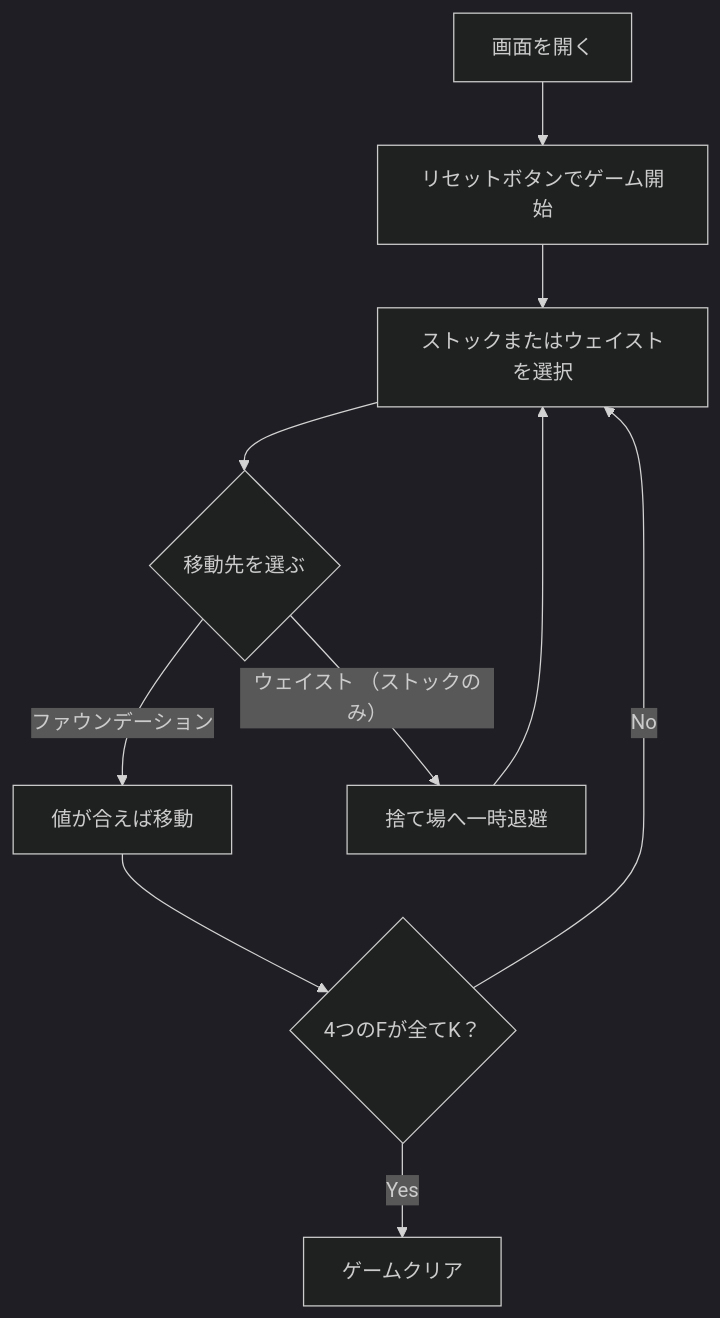
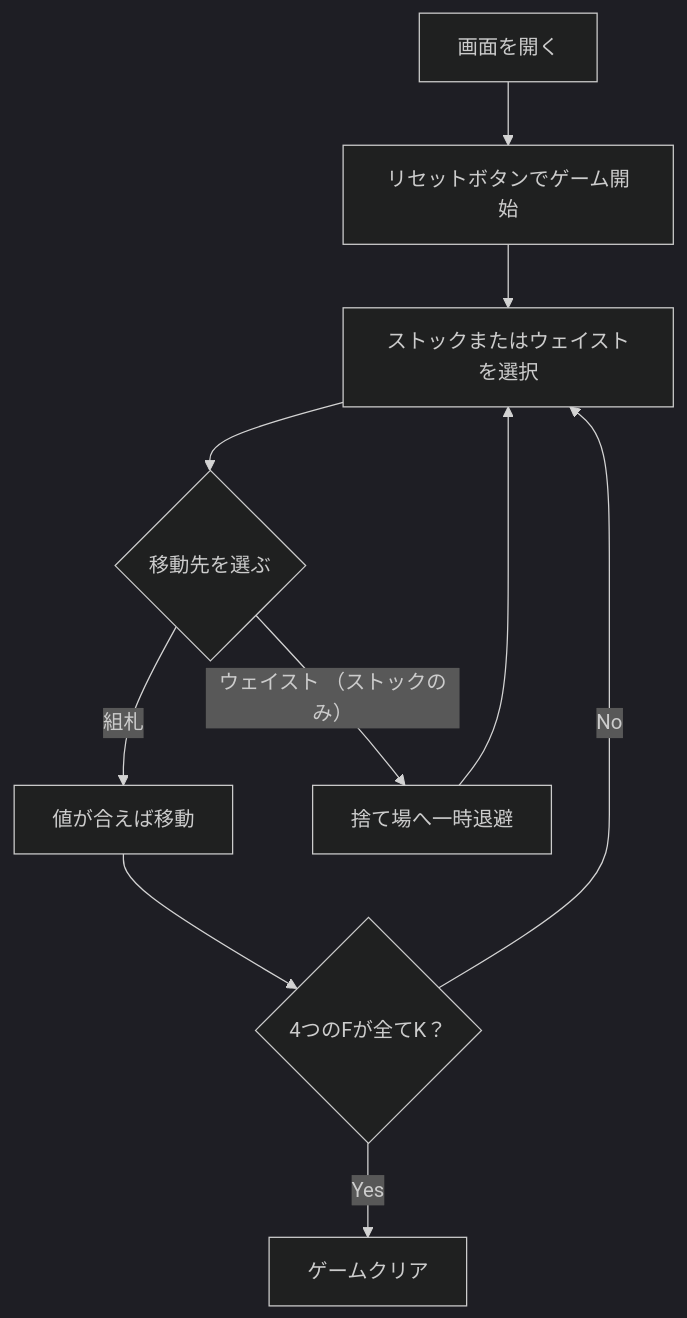
The diagram in docs/manual/web/calculation.md (yuta-yoshinaga/go_trumpcards), drawn with Mermaid (dark theme) before and after one commit. The commit also changed other lines of this file and 33 other files, not shown here.

````diff
--- a/docs/manual/web/calculation.md
+++ b/docs/manual/web/calculation.md
@@ -32,12 +32,12 @@
 ```mermaid
 flowchart TD
     A[画面を開く] --> B[リセットボタンでゲーム開始]
     B --> C[ストックまたはウェイストを選択]
     C --> D{移動先を選ぶ}
-    D -->|ファウンデーション| E[値が合えば移動]
+    D -->|組札| E[値が合えば移動]
     D -->|ウェイスト （ストックのみ）| F[捨て場へ一時退避]
     E --> G{4つのFが全てK？}
     F --> C
     G -->|Yes| H[ゲームクリア]
     G -->|No| C
 ```
````
